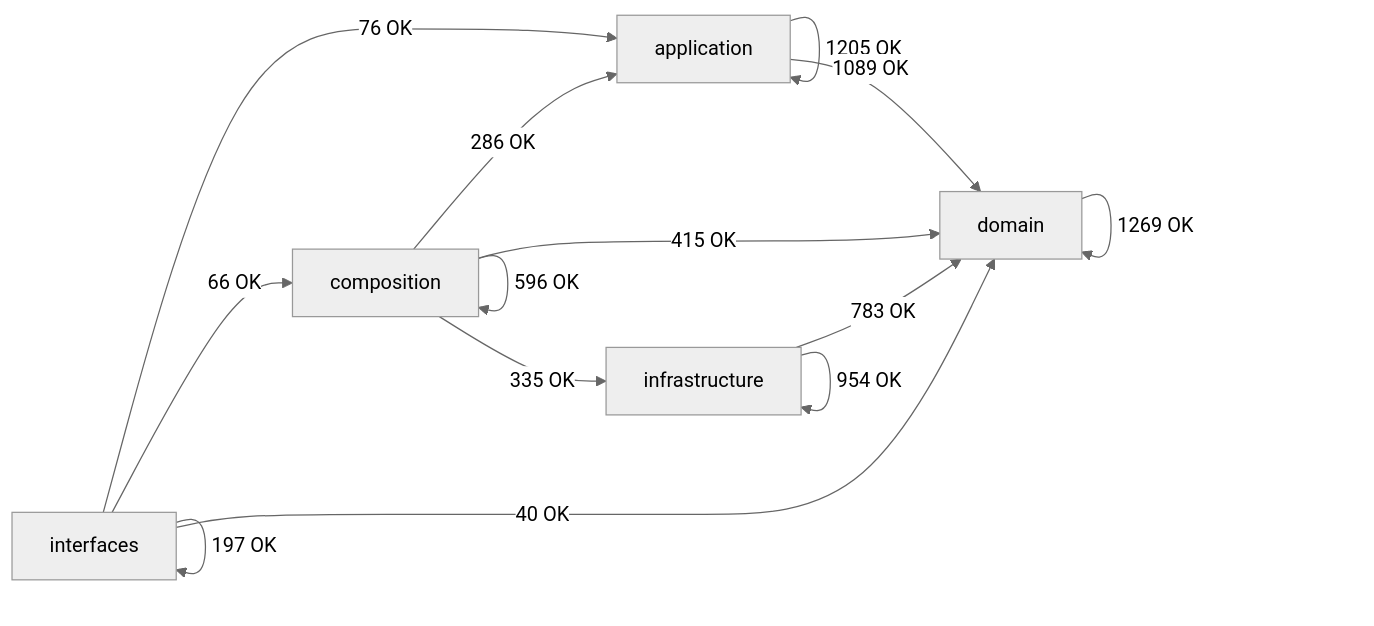
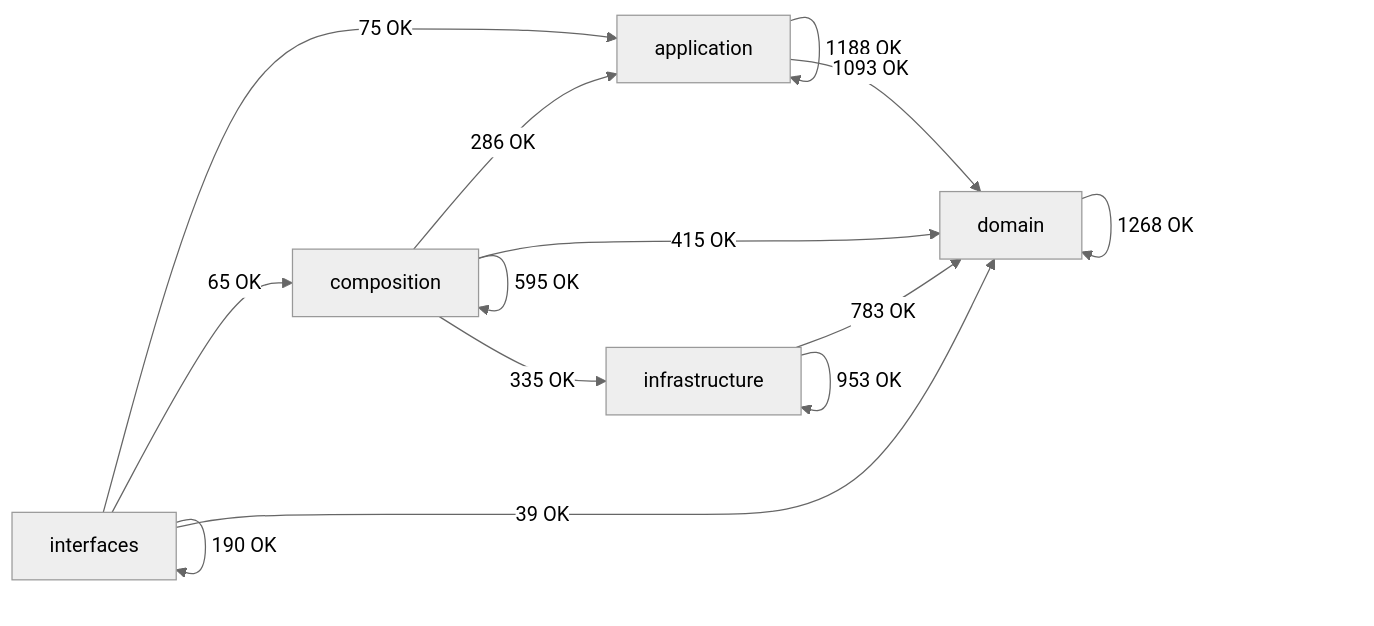
Before and after one commit to SatoryKono/BioactivityDataAcquisition: the diagram in docs/02-architecture/generated/module-dependency-map.md, drawn with Mermaid (neutral theme). The commit also changed other lines of this file and 201 other files, not shown here.

````diff
--- a/docs/02-architecture/generated/module-dependency-map.md
+++ b/docs/02-architecture/generated/module-dependency-map.md
@@ -17,21 +17,21 @@
 ```mermaid
 flowchart LR
     domain[domain]
     application[application]
     infrastructure[infrastructure]
     composition[composition]
     interfaces[interfaces]
-    application -->|1205 OK| application
-    application -->|1089 OK| domain
+    application -->|1188 OK| application
+    application -->|1093 OK| domain
     composition -->|286 OK| application
-    composition -->|596 OK| composition
+    composition -->|595 OK| composition
     composition -->|415 OK| domain
     composition -->|335 OK| infrastructure
-    domain -->|1269 OK| domain
+    domain -->|1268 OK| domain
     infrastructure -->|783 OK| domain
-    infrastructure -->|954 OK| infrastructure
-    interfaces -->|76 OK| application
-    interfaces -->|66 OK| composition
-    interfaces -->|40 OK| domain
-    interfaces -->|197 OK| interfaces
+    infrastructure -->|953 OK| infrastructure
+    interfaces -->|75 OK| application
+    interfaces -->|65 OK| composition
+    interfaces -->|39 OK| domain
+    interfaces -->|190 OK| interfaces
 ```
````
